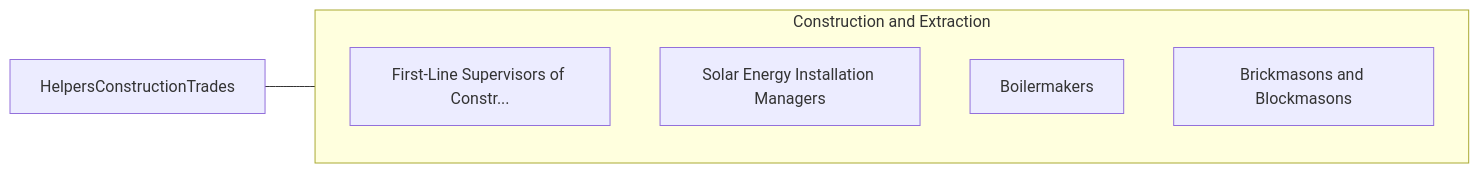
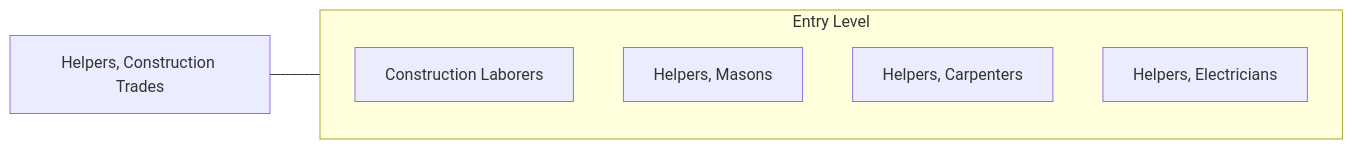
Before and after one commit to kziemski/business.org.ai: the fourth of 4 diagrams in occupations/Construction/HelpersConstructionTrades.mdx, drawn with Mermaid. The commit also changed other lines of this file and 938 other files, not shown here.

````diff
--- a/occupations/Construction/HelpersConstructionTrades.mdx
+++ b/occupations/Construction/HelpersConstructionTrades.mdx
@@ -55,13 +174,13 @@
 ```mermaid
 graph LR
-    Current["HelpersConstructionTrades"]
+    Current["Helpers, Construction Trades"]
 
-    subgraph SameCategory["Construction and Extraction"]
-        FirstLineSupervisors["First-Line Supervisors of Constr..."]
-        SolarEnergyInstallat["Solar Energy Installation Managers"]
-        Boilermakers["Boilermakers"]
-        BrickmasonsAndBlockm["Brickmasons and Blockmasons"]
+    subgraph SameCategory["Entry Level"]
+        Laborer["Construction Laborers"]
+        MasonHelp["Helpers, Masons"]
+        CarpHelp["Helpers, Carpenters"]
+        ElecHelp["Helpers, Electricians"]
     end
 
     Current --- SameCategory
 ```
````
